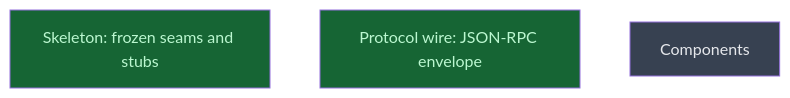
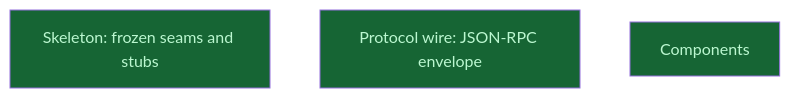
The diagram in __roadmap__/m2a-evaluation-parity/README.md (CrackingShells/Candler), drawn with Mermaid before and after one commit. The commit also changed other lines of this file and 7 other files, not shown here.

````diff
--- a/__roadmap__/m2a-evaluation-parity/README.md
+++ b/__roadmap__/m2a-evaluation-parity/README.md
@@ -123,11 +123,11 @@
 ```mermaid
 graph TD
     skeleton[Skeleton: frozen seams and stubs]:::done
     protocol_wire[Protocol wire: JSON-RPC envelope]:::done
-    components[Components]:::planned
+    components[Components]:::done
     classDef done       fill:#166534,color:#bbf7d0
     classDef inprogress fill:#854d0e,color:#fef08a
     classDef planned    fill:#374151,color:#e5e7eb
     classDef amendment  fill:#1e3a5f,color:#bfdbfe
     classDef blocked    fill:#7f1d1d,color:#fecaca
 ```
````
